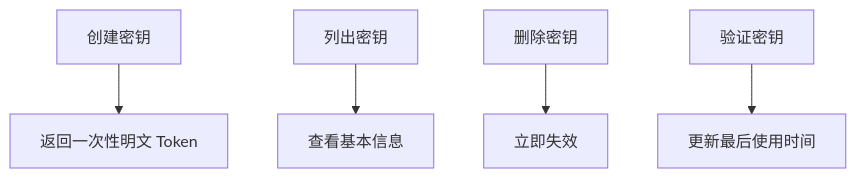
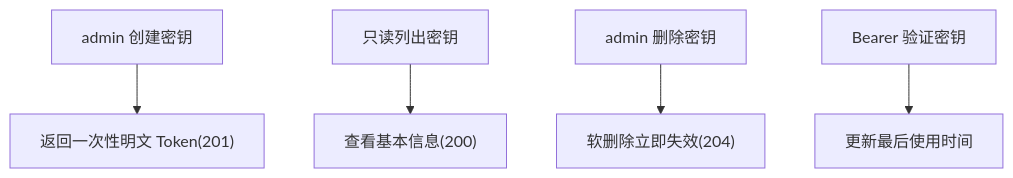
The sixth of 9 diagrams in docs/安全机制/API 密钥管理.md (x01n/My-OpenWaf), drawn with Mermaid before and after one commit. The commit also changed other lines of this file and 622 other files, not shown here.

````diff
--- a/docs/安全机制/API 密钥管理.md
+++ b/docs/安全机制/API 密钥管理.md
@@ -224,7 +274,7 @@
 ```mermaid
 flowchart TD
-Create["创建密钥"] --> ReturnToken["返回一次性明文 Token"]
-List["列出密钥"] --> View["查看基本信息"]
-Delete["删除密钥"] --> Disable["立即失效"]
-Verify["验证密钥"] --> UpdateTime["更新最后使用时间"]
+Create["admin 创建密钥"] --> ReturnToken["返回一次性明文 Token(201)"]
+List["只读列出密钥"] --> View["查看基本信息(200)"]
+Delete["admin 删除密钥"] --> Disable["软删除立即失效(204)"]
+Verify["Bearer 验证密钥"] --> UpdateTime["更新最后使用时间"]
 ```
````
